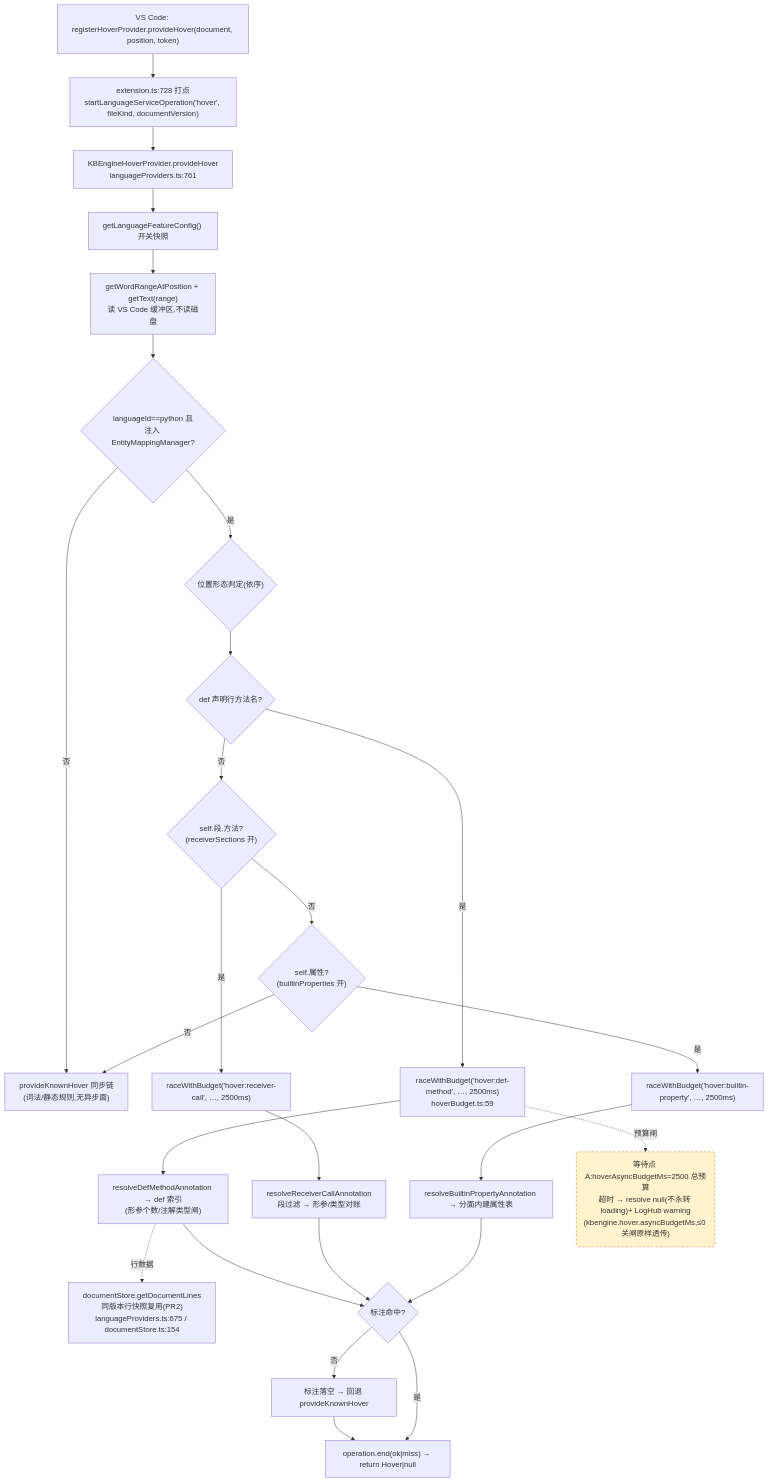
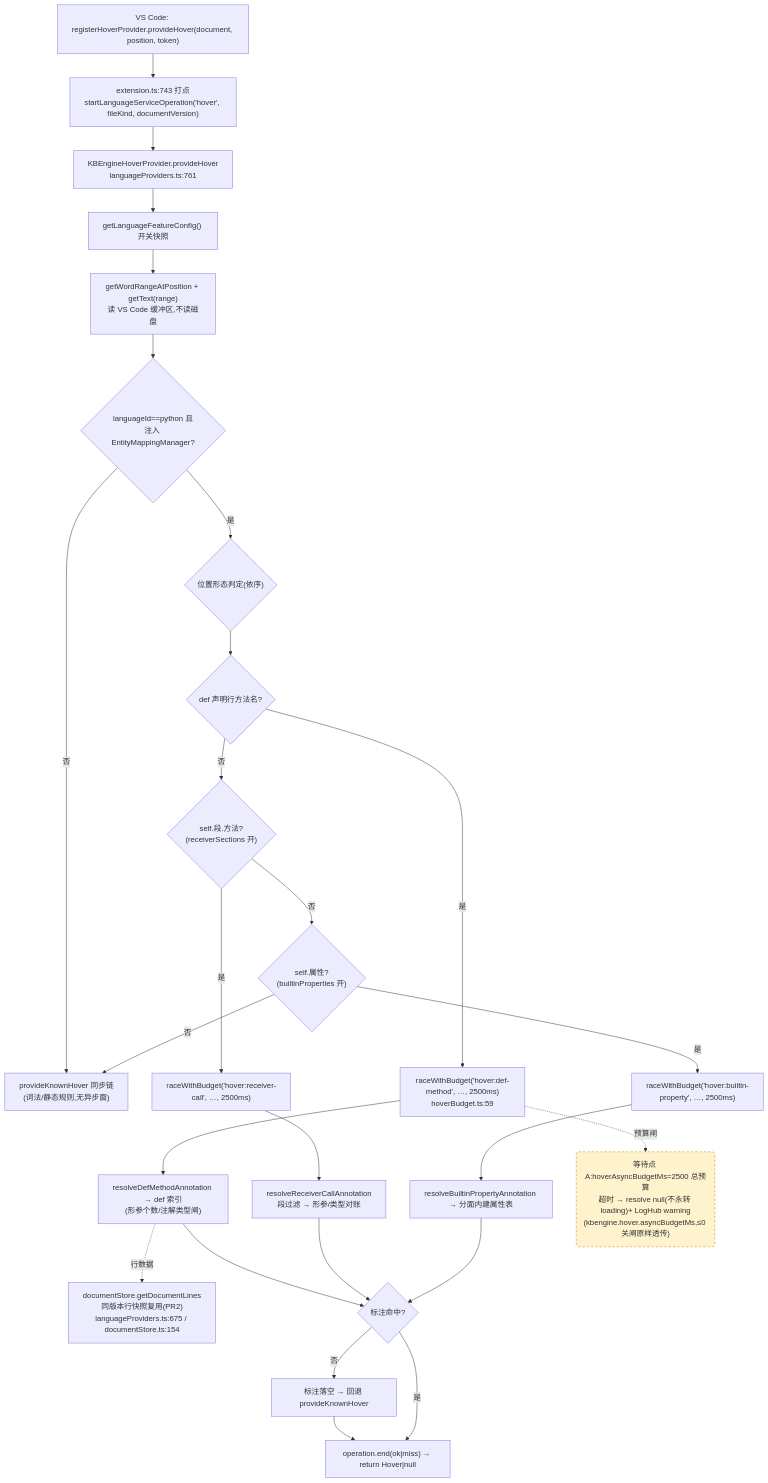
The first of 4 diagrams in docs/perf/2026-baseline.md (cuihairu/kode), drawn with Mermaid before and after one commit. The commit also changed other lines of this file and 12 other files, not shown here.

````diff
--- a/docs/perf/2026-baseline.md
+++ b/docs/perf/2026-baseline.md
@@ -82,45 +82,45 @@
 ```mermaid
 flowchart TD
   VC1["VS Code: registerHoverProvider.provideHover(document, position, token)"]
-  M1["extension.ts:728 打点<br/>startLanguageServiceOperation('hover', fileKind, documentVersion)"]
+  M1["extension.ts:743 打点<br/>startLanguageServiceOperation('hover', fileKind, documentVersion)"]
   HP["KBEngineHoverProvider.provideHover<br/>languageProviders.ts:761"]
   CFG["getLanguageFeatureConfig() 开关快照"]
   WORD["getWordRangeAtPosition + getText(range)<br/>读 VS Code 缓冲区,不读磁盘"]
   BR{"languageId==python 且<br/>注入 EntityMappingManager?"}
   KN["provideKnownHover 同步链<br/>(词法/静态规则,无异步面)"]
   POS{"位置形态判定(依序)"}
   D1{"def 声明行方法名?"}
   D2{"self.段.方法?<br/>(receiverSections 开)"}
   D3{"self.属性?<br/>(builtinProperties 开)"}
   RA1["raceWithBudget('hover:def-method', …, 2500ms)<br/>hoverBudget.ts:59"]
   RA2["raceWithBudget('hover:receiver-call', …, 2500ms)"]
   RA3["raceWithBudget('hover:builtin-property', …, 2500ms)"]
   RS1["resolveDefMethodAnnotation → def 索引<br/>(形参个数/注解类型闸)"]
   RS2["resolveReceiverCallAnnotation<br/>段过滤 → 形参/类型对账"]
   RS3["resolveBuiltinPropertyAnnotation → 分面内建属性表"]
   LINES["documentStore.getDocumentLines<br/>同版本行快照复用(PR2)<br/>languageProviders.ts:675 / documentStore.ts:154"]
   MISS["标注落空 → 回退 provideKnownHover"]
   END1["operation.end(ok|miss) → return Hover|null"]
 
   VC1 --> M1 --> HP --> CFG --> WORD --> BR
   BR -- "否" --> KN
   BR -- "是" --> POS --> D1
   D1 -- "是" --> RA1 --> RS1
   D1 -- "否" --> D2
   D2 -- "是" --> RA2 --> RS2
   D2 -- "否" --> D3
   D3 -- "是" --> RA3 --> RS3
   D3 -- "否" --> KN
   RS1 --> HIT{"标注命中?"}
   RS2 --> HIT
   RS3 --> HIT
   RS1 -.->|行数据| LINES
   HIT -- "否" --> MISS --> END1
   HIT -- "是" --> END1
 
   WAITA("等待点 A:hoverAsyncBudgetMs=2500 总预算<br/>超时 → resolve null(不永转 loading)+ LogHub warning<br/>(kbengine.hover.asyncBudgetMs,≤0 关闸原样透传)")
   RA1 -.->|预算闸| WAITA
 
   classDef waitPoint fill:#fff3cd,stroke:#d97706,stroke-dasharray:5 4;
   class WAITA waitPoint;
 ```
````
